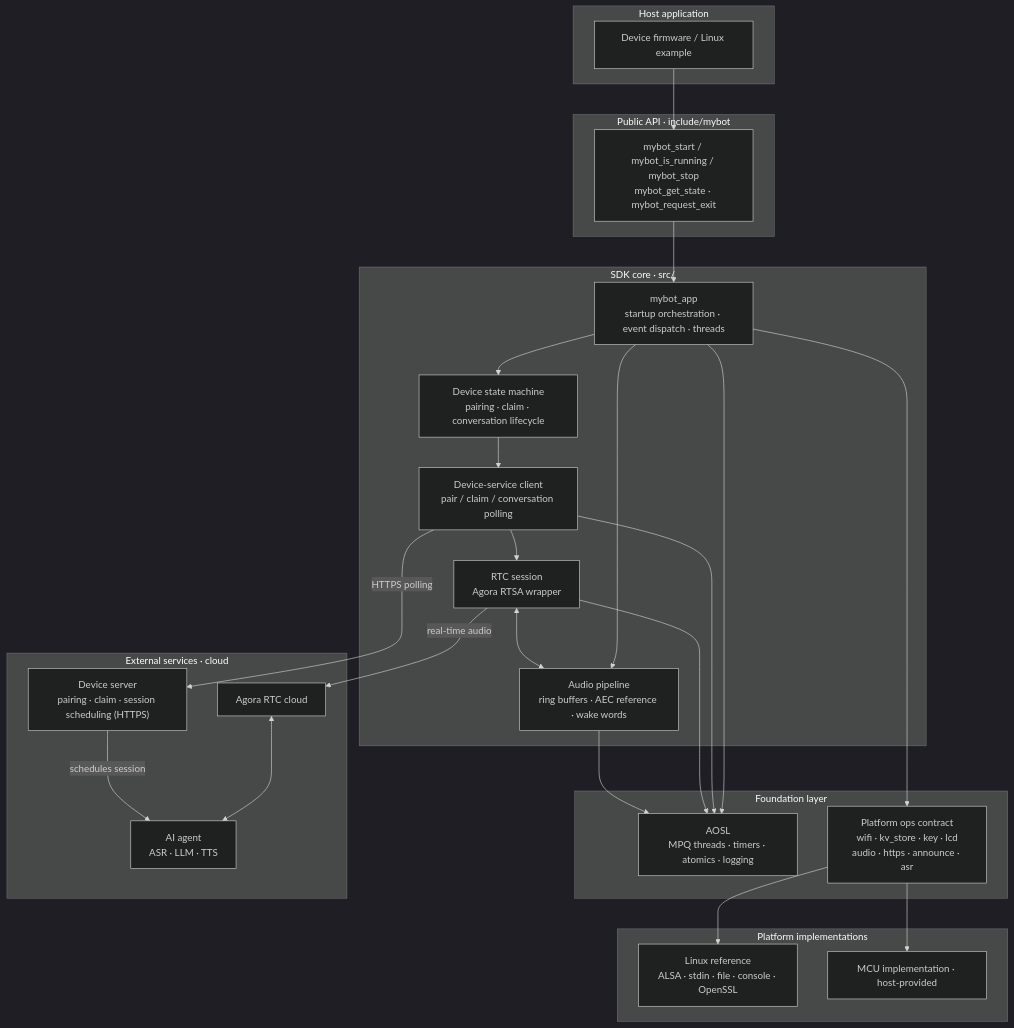
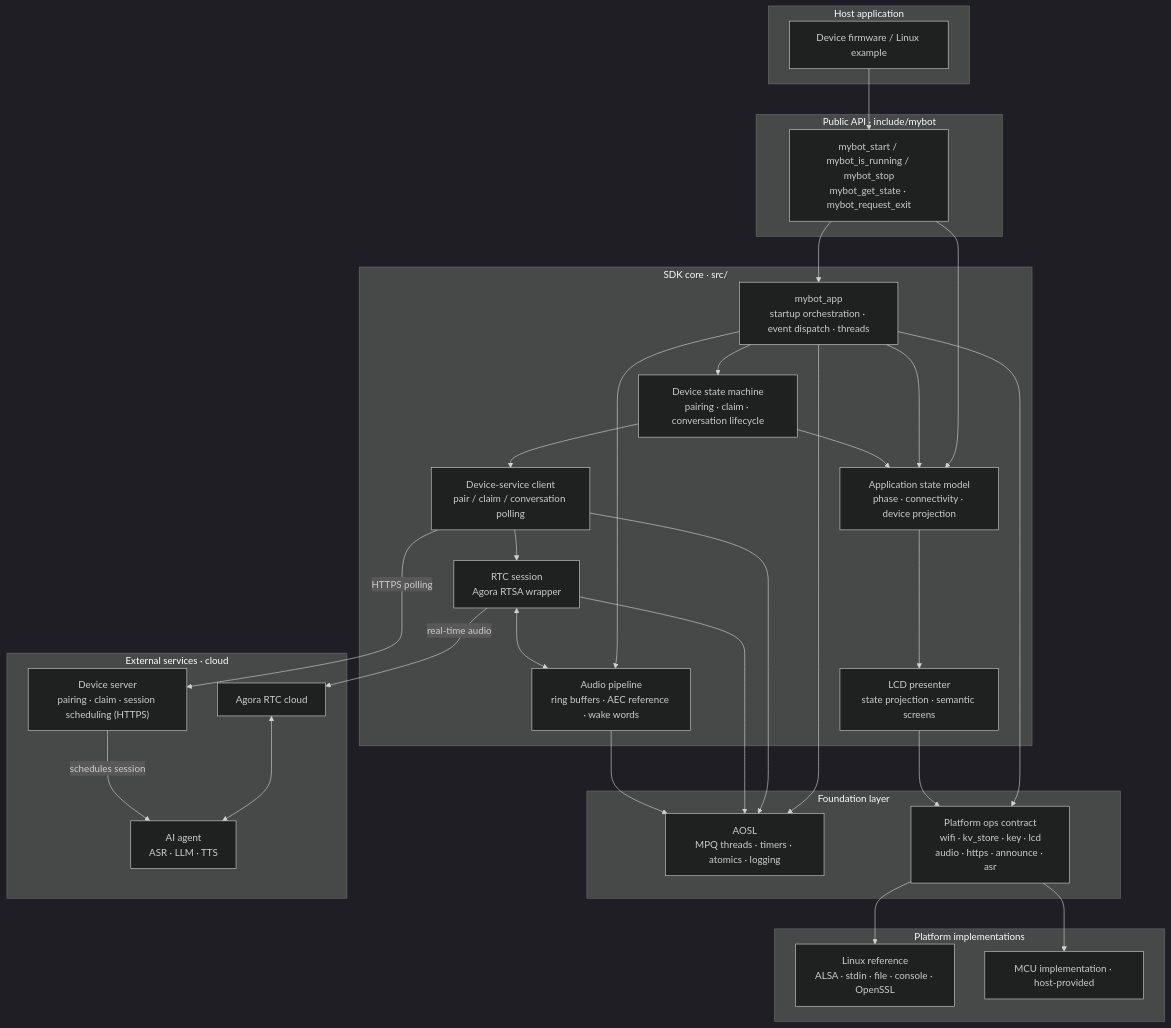
The second of 4 diagrams in README.md (junlon2006/mybot), drawn with Mermaid (dark theme) before and after one commit. The commit also changed other lines of this file and 14 other files, not shown here.

First line of the commit message:
refactor(state): centralize application state model

````diff
--- a/README.md
+++ b/README.md
@@ -257,53 +257,60 @@
 ```mermaid
 flowchart TB
     subgraph host["Host application"]
         host_app["Device firmware / Linux example"]
     end
 
     subgraph api["Public API · include/mybot"]
         api_h["mybot_start / mybot_is_running / mybot_stop<br/>mybot_get_state · mybot_request_exit"]
     end
 
     subgraph core["SDK core · src/"]
         app_c["mybot_app<br/>startup orchestration · event dispatch · threads"]
+        app_state["Application state model<br/>phase · connectivity · device projection"]
+        presenter["LCD presenter<br/>state projection · semantic screens"]
         state_m["Device state machine<br/>pairing · claim · conversation lifecycle"]
         svc_c["Device-service client<br/>pair / claim / conversation polling"]
         rtc_c["RTC session<br/>Agora RTSA wrapper"]
         media_c["Audio pipeline<br/>ring buffers · AEC reference · wake words"]
     end
 
     subgraph infra["Foundation layer"]
         aosl["AOSL<br/>MPQ threads · timers · atomics · logging"]
         ops["Platform ops contract<br/>wifi · kv_store · key · lcd<br/>audio · https · announce · asr"]
     end
 
     subgraph plat["Platform implementations"]
         linux_b["Linux reference<br/>ALSA · stdin · file · console · OpenSSL"]
         mcu_b["MCU implementation · host-provided"]
     end
 
     subgraph ext["External services · cloud"]
         svc_e["Device server<br/>pairing · claim · session scheduling (HTTPS)"]
         agora_e["Agora RTC cloud"]
         agent_e["AI agent<br/>ASR · LLM · TTS"]
     end
 
     host_app --> api_h
     api_h --> app_c
+    api_h --> app_state
     app_c --> state_m
+    app_c --> app_state
+    state_m --> app_state
+    app_state --> presenter
     app_c --> media_c
     state_m --> svc_c
     svc_c --> rtc_c
     rtc_c <--> media_c
     app_c --> aosl
     app_c --> ops
+    presenter --> ops
     svc_c --> aosl
     rtc_c --> aosl
     media_c --> aosl
     ops --> linux_b
     ops --> mcu_b
     svc_c -->|HTTPS polling| svc_e
     rtc_c -->|real-time audio| agora_e
     agora_e <--> agent_e
     svc_e -->|schedules session| agent_e
 ```
````
